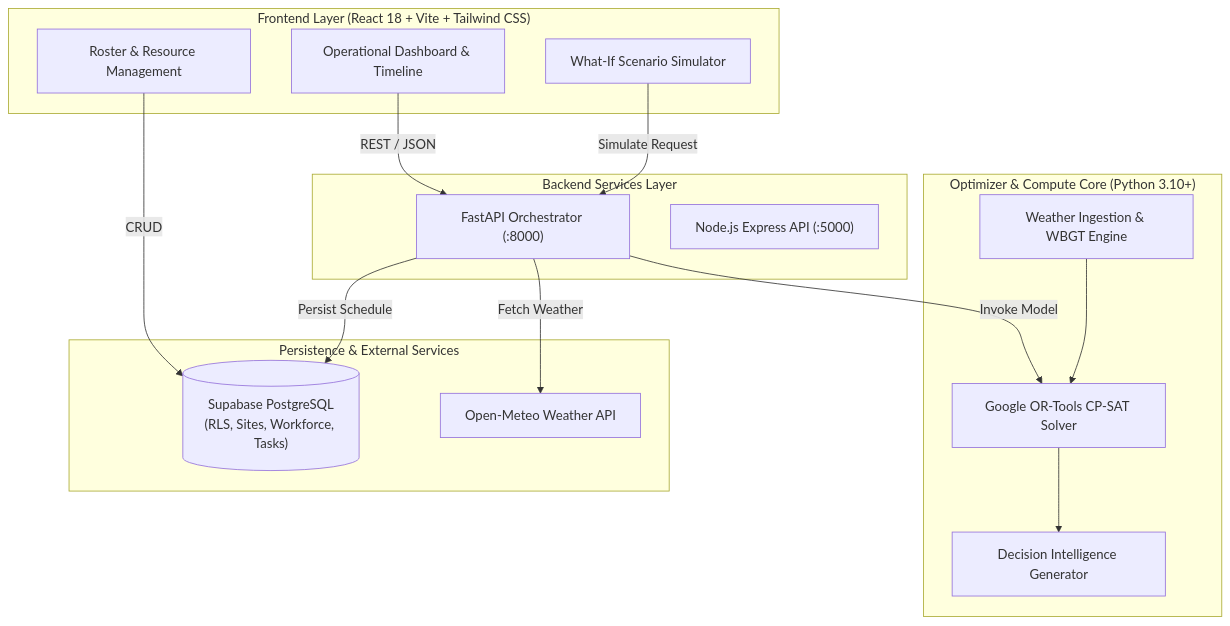
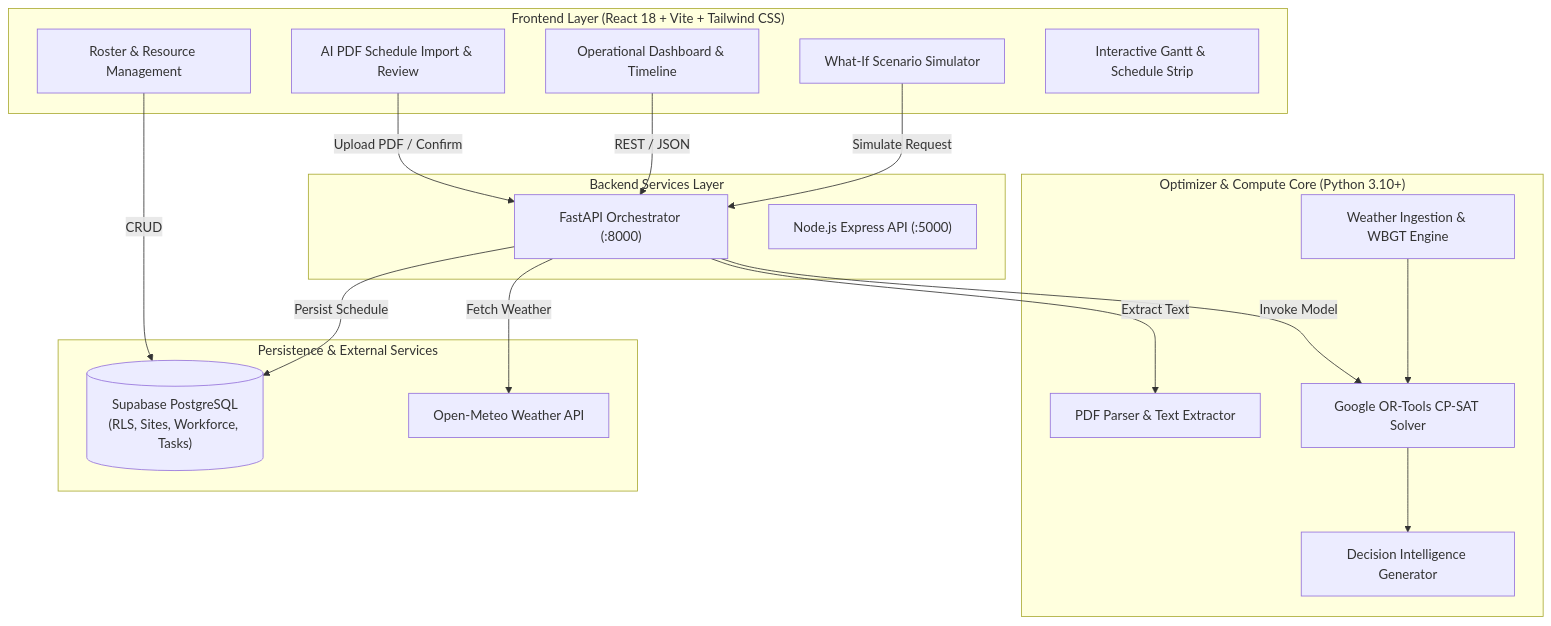
Before and after one commit to HAFIZ-HAASHIM/thermoshift: the diagram in README.md, drawn with Mermaid. The commit also changed other lines of this file and 33 other files, not shown here.

Commit message:
feat(pdf-import): implement robust PDF schedule extraction, normalization layer, and crash-safe human review UI

````diff
--- a/README.md
+++ b/README.md
@@ -117,33 +152,38 @@
 ```mermaid
 flowchart TB
     subgraph Client["Frontend Layer (React 18 + Vite + Tailwind CSS)"]
         UI[Operational Dashboard & Timeline]
+        PDFImport[AI PDF Schedule Import & Review]
         WhatIf[What-If Scenario Simulator]
         Roster[Roster & Resource Management]
+        Gantt[Interactive Gantt & Schedule Strip]
     end
 
     subgraph Service["Backend Services Layer"]
         FastAPI["FastAPI Orchestrator (:8000)"]
         Express["Node.js Express API (:5000)"]
     end
 
     subgraph Engine["Optimizer & Compute Core (Python 3.10+)"]
+        PDFParser["PDF Parser & Text Extractor"]
         Weather["Weather Ingestion & WBGT Engine"]
         CPSAT["Google OR-Tools CP-SAT Solver"]
         Explainer["Decision Intelligence Generator"]
     end
 
     subgraph Data["Persistence & External Services"]
         Supabase[("Supabase PostgreSQL\n(RLS, Sites, Workforce, Tasks)")]
         OpenMeteo["Open-Meteo Weather API"]
     end
 
+    PDFImport -->|Upload PDF / Confirm| FastAPI
     UI -->|REST / JSON| FastAPI
     WhatIf -->|Simulate Request| FastAPI
     Roster -->|CRUD| Supabase
+    FastAPI -->|Extract Text| PDFParser
     FastAPI -->|Fetch Weather| OpenMeteo
     FastAPI -->|Invoke Model| CPSAT
     Weather --> CPSAT
     CPSAT --> Explainer
     FastAPI -->|Persist Schedule| Supabase
 ```
````
